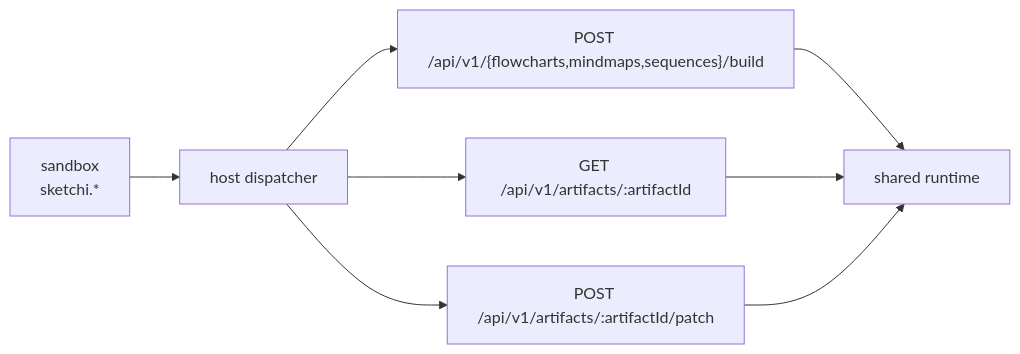
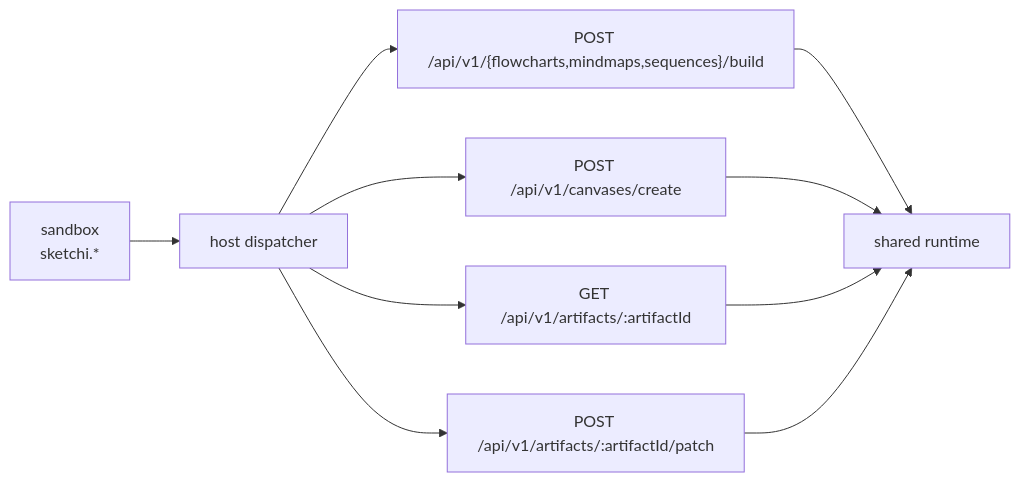
One commit to shpitdev/sketchi changed the fifth of 17 diagrams in docs/mcp-tool-catalog.md. Above: the diagram before and after it, drawn with Mermaid. The commit also changed other lines of this file and 36 other files, not shown here.

````diff
--- a/docs/mcp-tool-catalog.md
+++ b/docs/mcp-tool-catalog.md
@@ -255,17 +259,20 @@
 ```mermaid
 flowchart LR
   Code["sandbox<br/>sketchi.*"]
   Dispatcher["host dispatcher"]
   Build["POST /api/v1/{flowcharts,mindmaps,sequences}/build"]
+  Canvas["POST /api/v1/canvases/create"]
   Artifact["GET /api/v1/artifacts/:artifactId"]
   Patch["POST /api/v1/artifacts/:artifactId/patch"]
   Runtime["shared runtime"]
 
   Code --> Dispatcher
   Dispatcher --> Build
+  Dispatcher --> Canvas
   Dispatcher --> Artifact
   Dispatcher --> Patch
   Build --> Runtime
+  Canvas --> Runtime
   Artifact --> Runtime
   Patch --> Runtime
 ```
````
